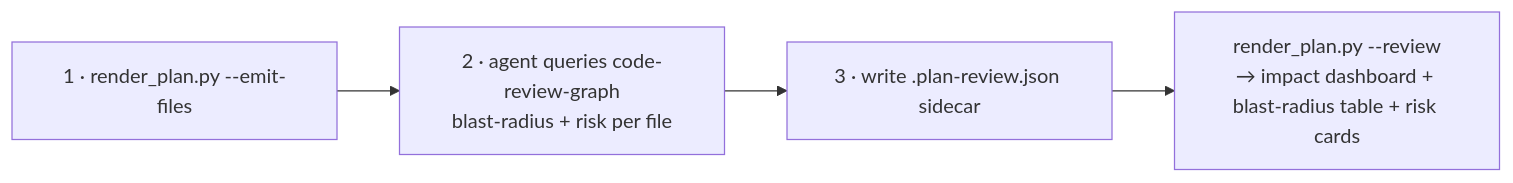
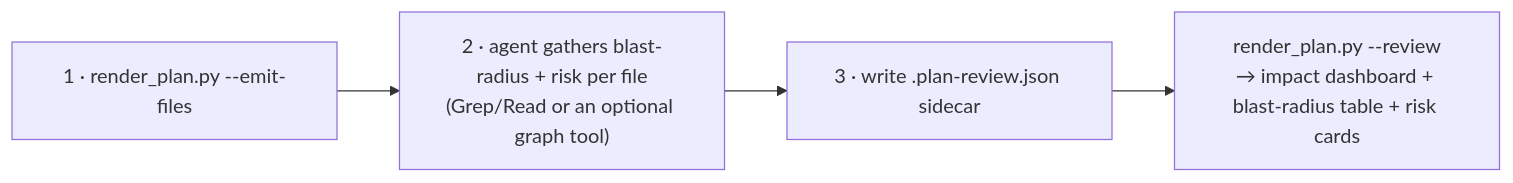
Before and after one commit to minhtran3124/agent-harness: the third of 4 diagrams in skills/README.md, drawn with Mermaid. The commit also changed other lines of this file and 3 other files, not shown here.

````diff
--- a/skills/README.md
+++ b/skills/README.md
@@ -315,6 +315,6 @@
 ```mermaid
 graph LR
-    A["1 · render_plan.py --emit-files"] --> B["2 · agent queries code-review-graph<br/>blast-radius + risk per file"]
+    A["1 · render_plan.py --emit-files"] --> B["2 · agent gathers blast-radius + risk per file<br/>(Grep/Read or an optional graph tool)"]
     B --> C["3 · write .plan-review.json sidecar"]
     C --> D["render_plan.py --review<br/>→ impact dashboard + blast-radius table + risk cards"]
 ```
````
